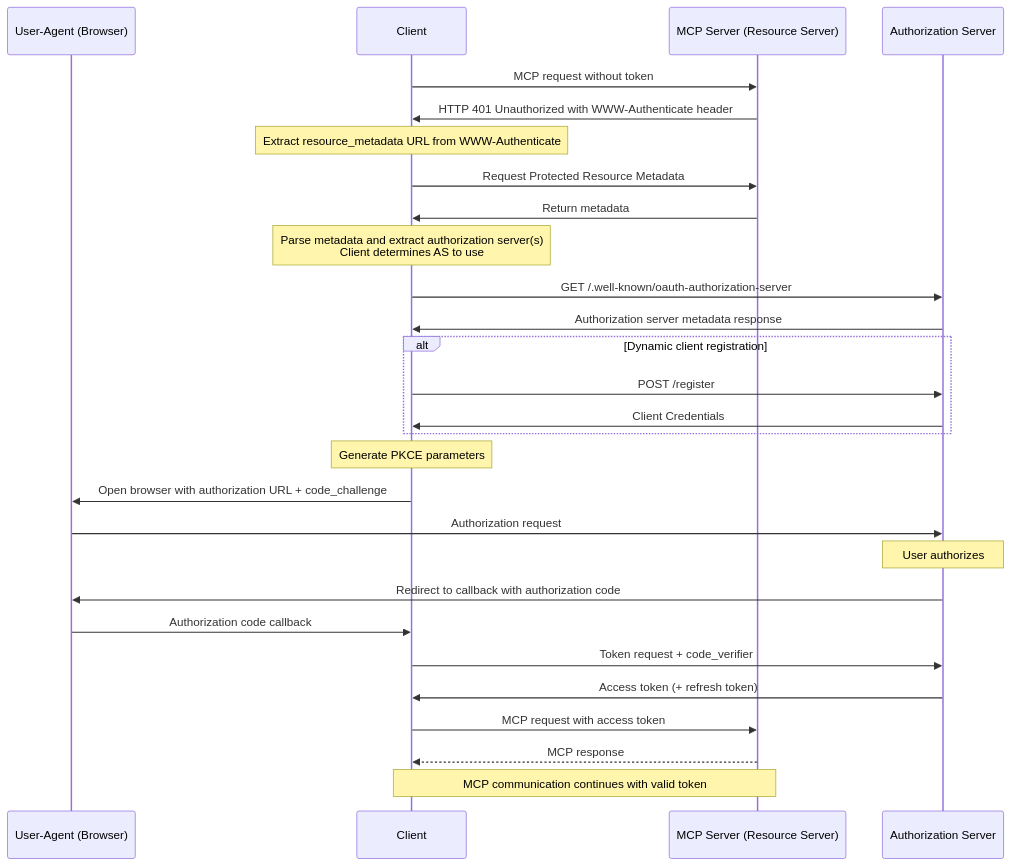
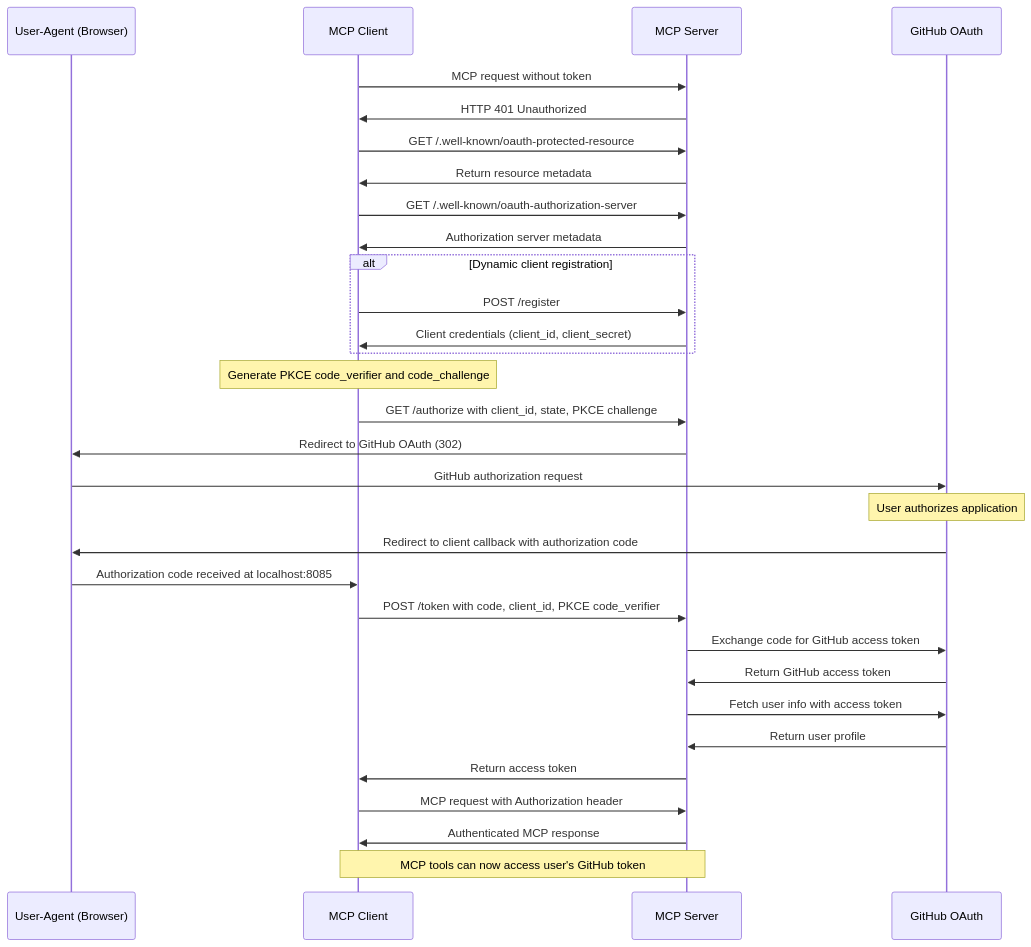
One commit to go-training/mcp-workshop changed the first of 2 diagrams in 03-oauth-mcp/README.md. Above: the diagram before and after it, drawn with Mermaid. The commit also changed other lines of this file and 1 other file, not shown here.

First line of the commit message:
docs: overhaul documentation for GitHub OAuth integration and security

````diff
--- a/03-oauth-mcp/README.md
+++ b/03-oauth-mcp/README.md
@@ -24,36 +26,40 @@
 ```mermaid
 sequenceDiagram
     participant B as User-Agent (Browser)
-    participant C as Client
-    participant M as MCP Server (Resource Server)
-    participant A as Authorization Server
+    participant C as MCP Client
+    participant M as MCP Server
+    participant G as GitHub OAuth
 
     C->>M: MCP request without token
-    M->>C: HTTP 401 Unauthorized with WWW-Authenticate header
-    Note over C: Extract resource_metadata URL from WWW-Authenticate
+    M->>C: HTTP 401 Unauthorized
 
-    C->>M: Request Protected Resource Metadata
-    M->>C: Return metadata
+    C->>M: GET /.well-known/oauth-protected-resource
+    M->>C: Return resource metadata
 
-    Note over C: Parse metadata and extract authorization server(s)<br/>Client determines AS to use
-
-    C->>A: GET /.well-known/oauth-authorization-server
-    A->>C: Authorization server metadata response
+    C->>M: GET /.well-known/oauth-authorization-server
+    M->>C: Authorization server metadata
 
     alt Dynamic client registration
-        C->>A: POST /register
-        A->>C: Client Credentials
+        C->>M: POST /register
+        M->>C: Client credentials (client_id, client_secret)
     end
 
-    Note over C: Generate PKCE parameters
-    C->>B: Open browser with authorization URL + code_challenge
-    B->>A: Authorization request
-    Note over A: User authorizes
-    A->>B: Redirect to callback with authorization code
-    B->>C: Authorization code callback
-    C->>A: Token request + code_verifier
-    A->>C: Access token (+ refresh token)
-    C->>M: MCP request with access token
-    M-->>C: MCP response
-    Note over C,M: MCP communication continues with valid token
+    Note over C: Generate PKCE code_verifier and code_challenge
+    C->>M: GET /authorize with client_id, state, PKCE challenge
+    M->>B: Redirect to GitHub OAuth (302)
+    B->>G: GitHub authorization request
+    Note over G: User authorizes application
+    G->>B: Redirect to client callback with authorization code
+    B->>C: Authorization code received at localhost:8085
+
+    C->>M: POST /token with code, client_id, PKCE code_verifier
+    M->>G: Exchange code for GitHub access token
+    G->>M: Return GitHub access token
+    M->>G: Fetch user info with access token
+    G->>M: Return user profile
+    M->>C: Return access token
+
+    C->>M: MCP request with Authorization header
+    M->>C: Authenticated MCP response
+    Note over C,M: MCP tools can now access user's GitHub token
 ```
````
